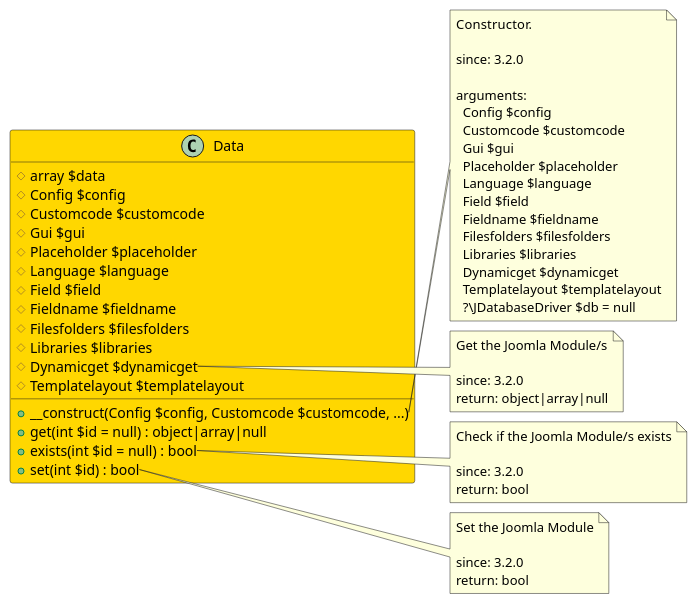
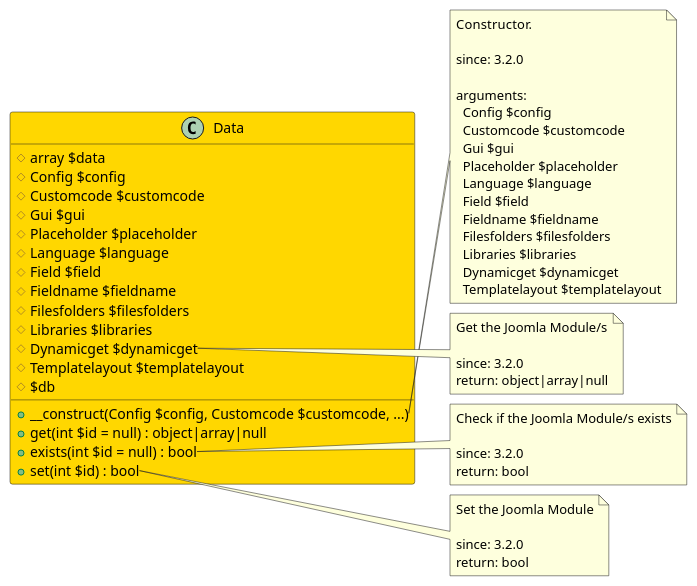
The diagram in src/cb11e8d9-69c2-4095-831c-59908ea402e7/README.md (joomengine/jcb-compiler), drawn with PlantUML before and after one commit. The commit also changed 399 other files, not shown here.

````diff
--- a/src/cb11e8d9-69c2-4095-831c-59908ea402e7/README.md
+++ b/src/cb11e8d9-69c2-4095-831c-59908ea402e7/README.md
@@ -11,64 +11,64 @@
 ```uml
 @startuml
 class Data  #Gold {
   # array $data
   # Config $config
   # Customcode $customcode
   # Gui $gui
   # Placeholder $placeholder
   # Language $language
   # Field $field
   # Fieldname $fieldname
   # Filesfolders $filesfolders
   # Libraries $libraries
   # Dynamicget $dynamicget
   # Templatelayout $templatelayout
+  # $db
   + __construct(Config $config, Customcode $customcode, ...)
   + get(int $id = null) : object|array|null
   + exists(int $id = null) : bool
   + set(int $id) : bool
 }
 
 note right of Data::__construct
   Constructor.
 
   since: 3.2.0
   
   arguments:
     Config $config
     Customcode $customcode
     Gui $gui
     Placeholder $placeholder
     Language $language
     Field $field
     Fieldname $fieldname
     Filesfolders $filesfolders
     Libraries $libraries
     Dynamicget $dynamicget
     Templatelayout $templatelayout
-    ?\JDatabaseDriver $db = null
 end note
 
 note right of Data::get
   Get the Joomla Module/s
 
   since: 3.2.0
   return: object|array|null
 end note
 
 note right of Data::exists
   Check if the Joomla Module/s exists
 
   since: 3.2.0
   return: bool
 end note
 
 note right of Data::set
   Set the Joomla Module
 
   since: 3.2.0
   return: bool
 end note
  
 @enduml
 ```
````
